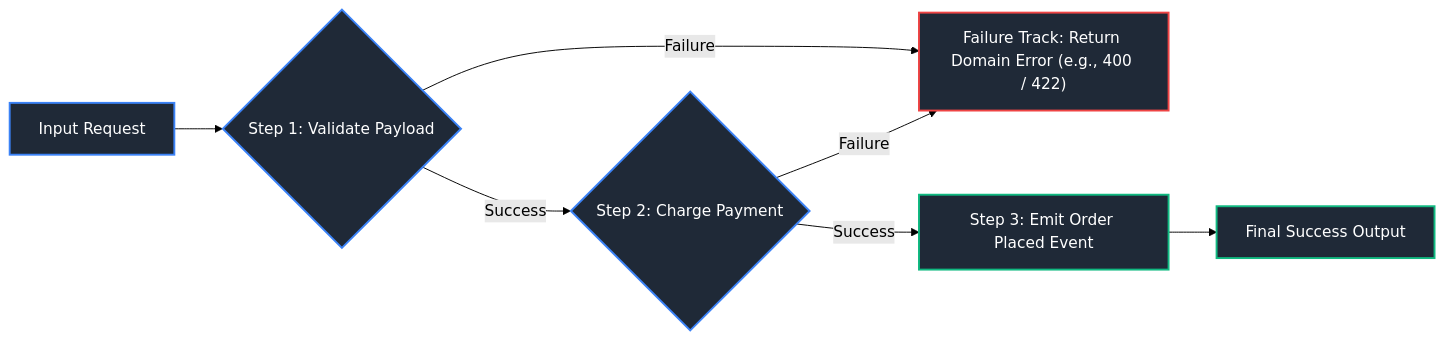
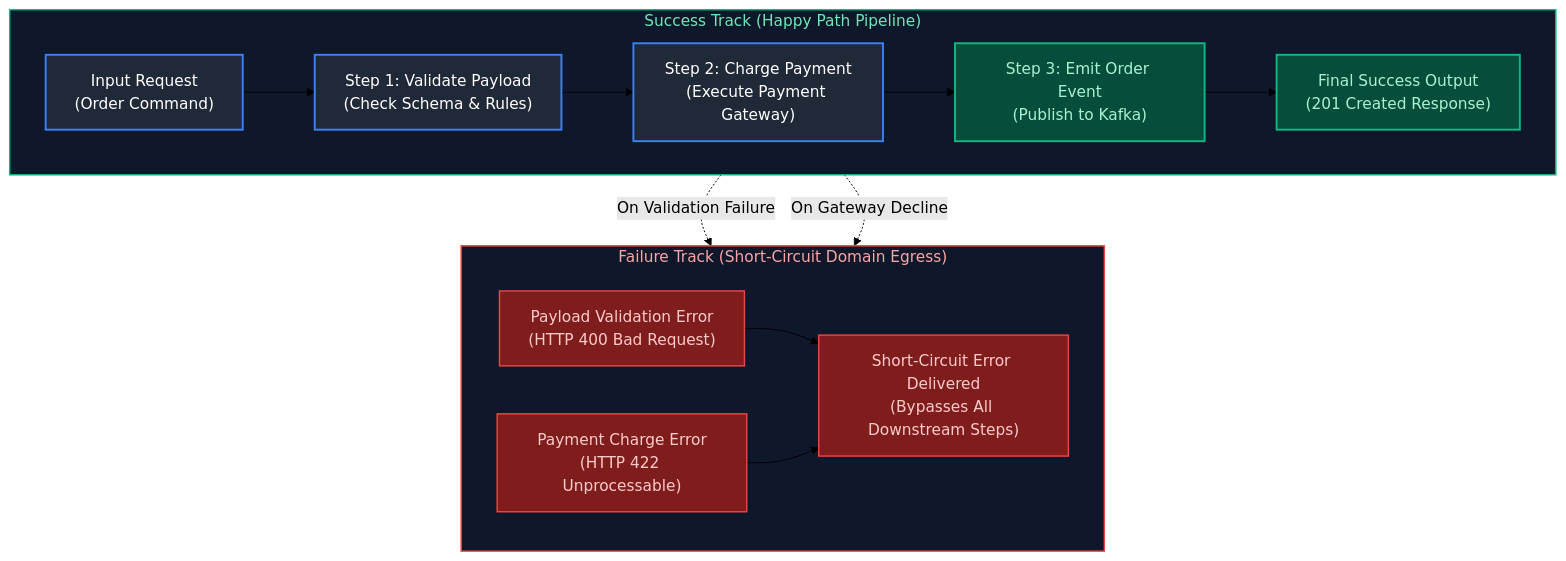
The eighth of 8 diagrams in Java Backend Engineering/03_modern_java_records_sealed_streams_functional.md (joydeep-biswas/Interview-Preparation), drawn with Mermaid (forest theme) before and after one commit. The commit also changed other lines of this file and 76 other files, not shown here.

Commit message:
Updated Charts

````diff
--- a/Java Backend Engineering/03_modern_java_records_sealed_streams_functional.md
+++ b/Java Backend Engineering/03_modern_java_records_sealed_streams_functional.md
@@ -1093,18 +1094,34 @@
 ```mermaid
-flowchart LR
-    Input["Input Request"] --> Step1{"Step 1: Validate Payload"}
-    Step1 -- Success --> Step2{"Step 2: Charge Payment"}
-    Step1 -- Failure --> FailTrack["Failure Track: Return Domain Error (e.g., 400 / 422)"]
-    
-    Step2 -- Success --> Step3["Step 3: Emit Order Placed Event"]
-    Step2 -- Failure --> FailTrack
-    
-    Step3 --> Output["Final Success Output"]
+flowchart TD
+    subgraph SuccessTrack ["Success Track (Happy Path Pipeline)"]
+        direction LR
+        Input["Input Request<br/>(Order Command)"] --> Step1["Step 1: Validate Payload<br/>(Check Schema & Rules)"]
+        Step1 --> Step2["Step 2: Charge Payment<br/>(Execute Payment Gateway)"]
+        Step2 --> Step3["Step 3: Emit Order Event<br/>(Publish to Kafka)"]
+        Step3 --> Output["Final Success Output<br/>(201 Created Response)"]
+    end
+
+    subgraph FailureTrack ["Failure Track (Short-Circuit Domain Egress)"]
+        direction LR
+        Fail1["Payload Validation Error<br/>(HTTP 400 Bad Request)"]
+        Fail2["Payment Charge Error<br/>(HTTP 422 Unprocessable)"]
+        FailTerminal["Short-Circuit Error Delivered<br/>(Bypasses All Downstream Steps)"]
+        Fail1 --> FailTerminal
+        Fail2 --> FailTerminal
+    end
+
+    Step1 -.->|"On Validation Failure"| Fail1
+    Step2 -.->|"On Gateway Decline"| Fail2
+
+    style SuccessTrack fill:#0f172a,stroke:#10b981,stroke-width:1.5px,color:#6ee7b7
+    style FailureTrack fill:#0f172a,stroke:#ef4444,stroke-width:1.5px,color:#fca5a5
 
     style Input fill:#1f2937,stroke:#3b82f6,stroke-width:2px,color:#fff
     style Step1 fill:#1f2937,stroke:#3b82f6,stroke-width:2px,color:#fff
     style Step2 fill:#1f2937,stroke:#3b82f6,stroke-width:2px,color:#fff
-    style Step3 fill:#1f2937,stroke:#10b981,stroke-width:2px,color:#fff
-    style Output fill:#1f2937,stroke:#10b981,stroke-width:2px,color:#fff
-    style FailTrack fill:#1f2937,stroke:#ef4444,stroke-width:2px,color:#fff
+    style Step3 fill:#064e3b,stroke:#10b981,stroke-width:2px,color:#a7f3d0
+    style Output fill:#064e3b,stroke:#10b981,stroke-width:2px,color:#a7f3d0
+    style Fail1 fill:#7f1d1d,stroke:#ef4444,stroke-width:1.5px,color:#fecaca
+    style Fail2 fill:#7f1d1d,stroke:#ef4444,stroke-width:1.5px,color:#fecaca
+    style FailTerminal fill:#7f1d1d,stroke:#ef4444,stroke-width:1.5px,color:#fecaca
 ```
````
